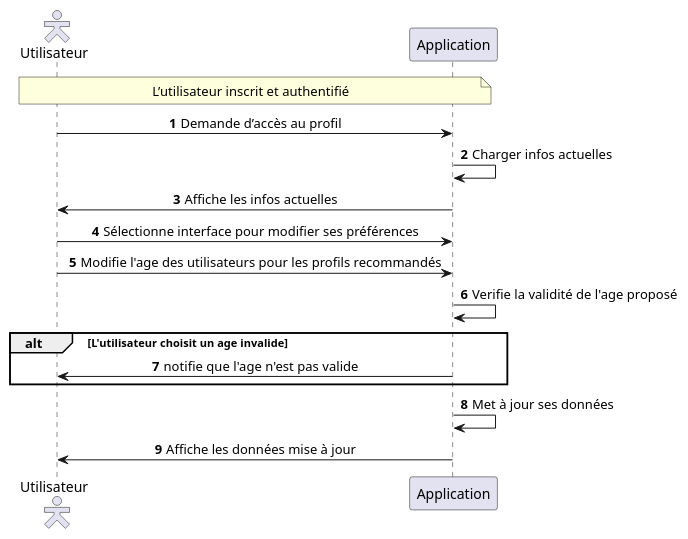
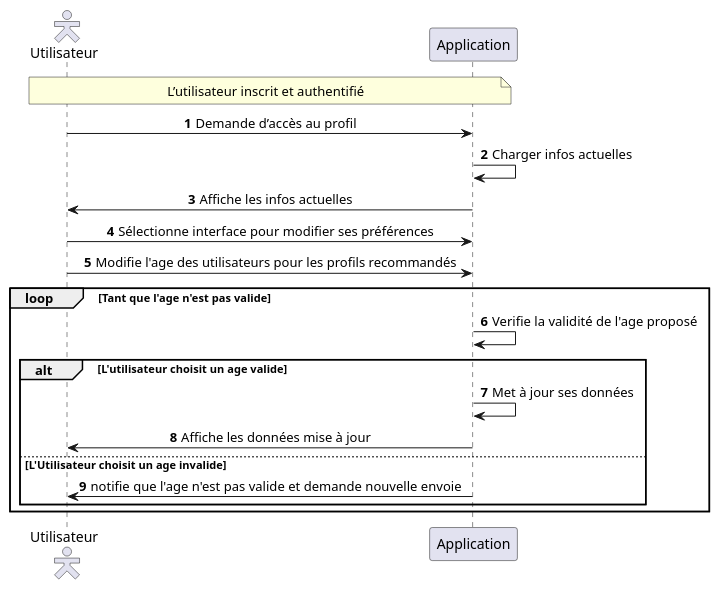
The diagram in src/Description_des_scenarios_Config_Utilisateur_choisir_age.puml (MinaroliCorentin/PSO), drawn with PlantUML before and after one commit. The commit also changed 15 other files, not shown here.

```diff
--- a/src/Description_des_scenarios_Config_Utilisateur_choisir_age.puml
+++ b/src/Description_des_scenarios_Config_Utilisateur_choisir_age.puml
@@ -1,29 +1,30 @@
 @startuml
 autonumber
 skinparam sequenceMessageAlign center
 skinparam actorStyle hollow
 
 actor "Utilisateur" as user
 participant "Application" as app
 
 note over user, app
 L’utilisateur inscrit et authentifié
 end note
 
 user -> app : Demande d’accès au profil
 app -> app : Charger infos actuelles
 app -> user : Affiche les infos actuelles
 user -> app : Sélectionne interface pour modifier ses préférences
 user -> app : Modifie l'age des utilisateurs pour les profils recommandés
 
+loop Tant que l'age n'est pas valide
 app -> app : Verifie la validité de l'age proposé
-alt L'utilisateur choisit un age invalide
-    app -> user : notifie que l'age n'est pas valide
+alt L'utilisateur choisit un age valide
+    app -> app : Met à jour ses données
+    app -> user : Affiche les données mise à jour
+else L'Utilisateur choisit un age invalide
+    app -> user : notifie que l'age n'est pas valide et demande nouvelle envoie
 end
-
-app -> app : Met à jour ses données
-app -> user : Affiche les données mise à jour
-
+end
 
 
 @enduml
```
